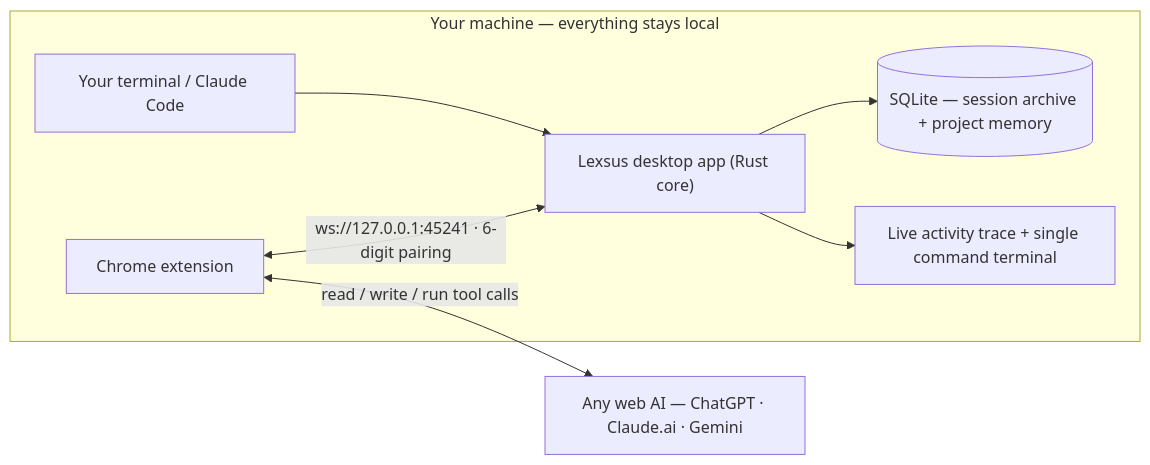
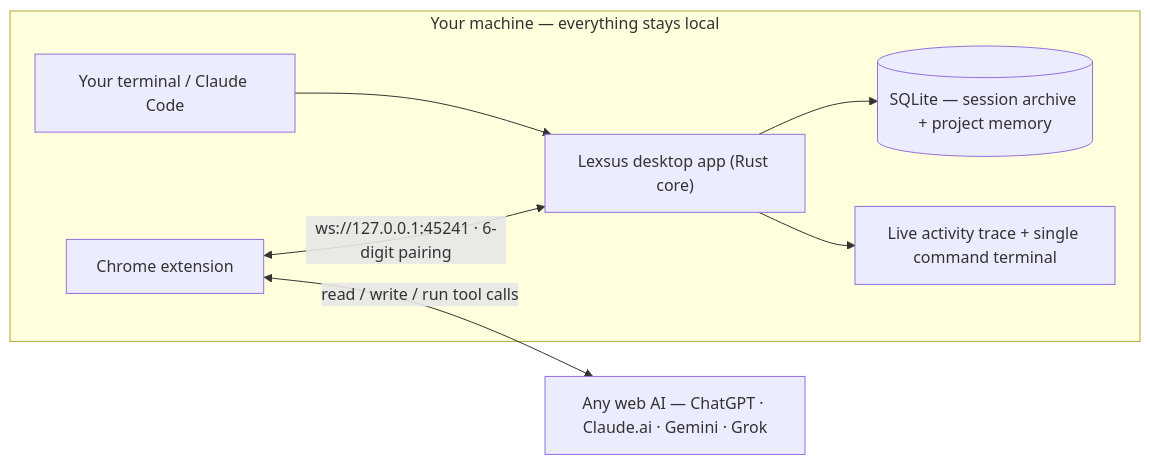
The diagram in README.md (Python-program-228/lexsus), drawn with Mermaid before and after one commit. The commit also changed other lines of this file and 2 other files, not shown here.

````diff
--- a/README.md
+++ b/README.md
@@ -39,10 +39,10 @@
 ```mermaid
 flowchart LR
     subgraph Local["Your machine — everything stays local"]
         A["Your terminal / Claude Code"] --> P["Lexsus desktop app (Rust core)"]
         P --> D[("SQLite — session archive + project memory")]
         P --> T["Live activity trace + single command terminal"]
         X["Chrome extension"] <-->|"ws://127.0.0.1:45241 · 6-digit pairing"| P
     end
-    X <-->|"read / write / run tool calls"| W["Any web AI — ChatGPT · Claude.ai · Gemini"]
+    X <-->|"read / write / run tool calls"| W["Any web AI — ChatGPT · Claude.ai · Gemini · Grok"]
 ```
````
